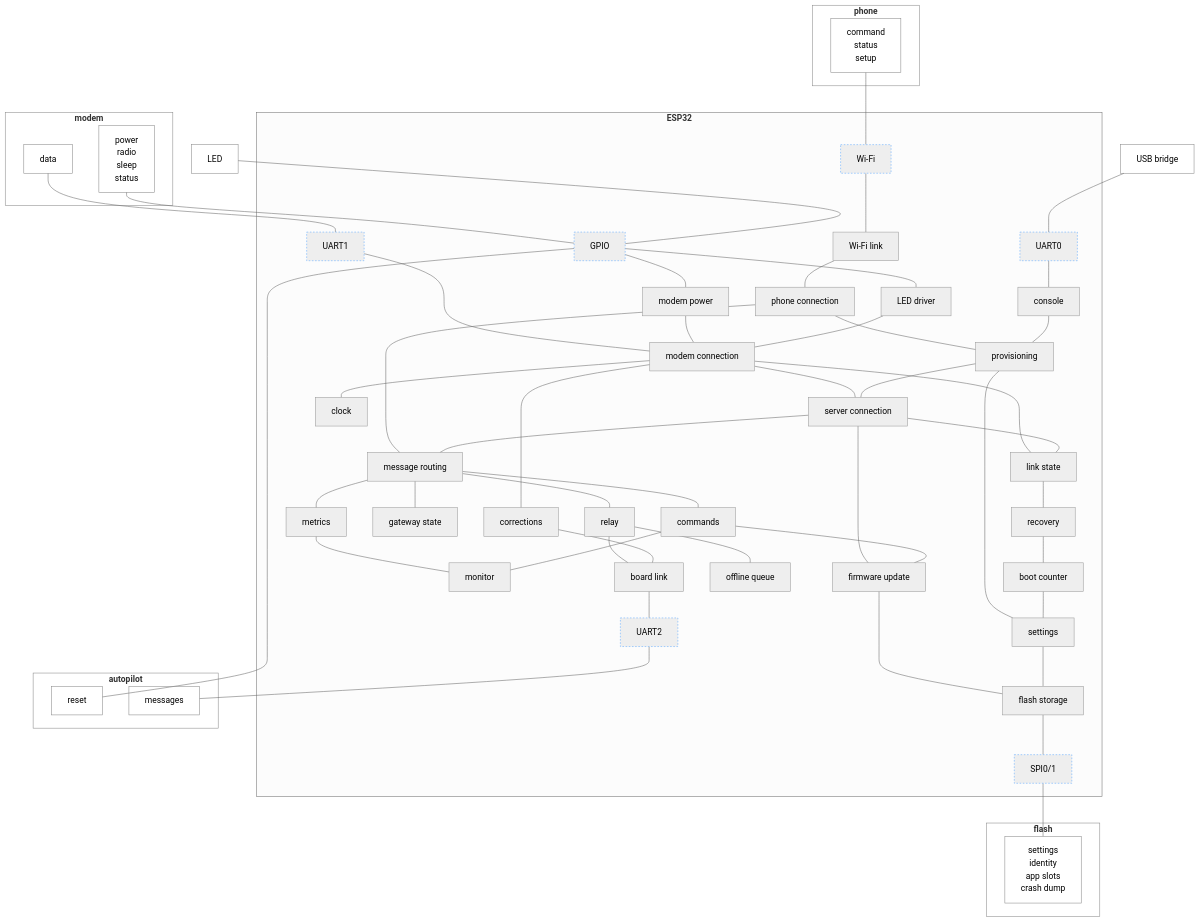
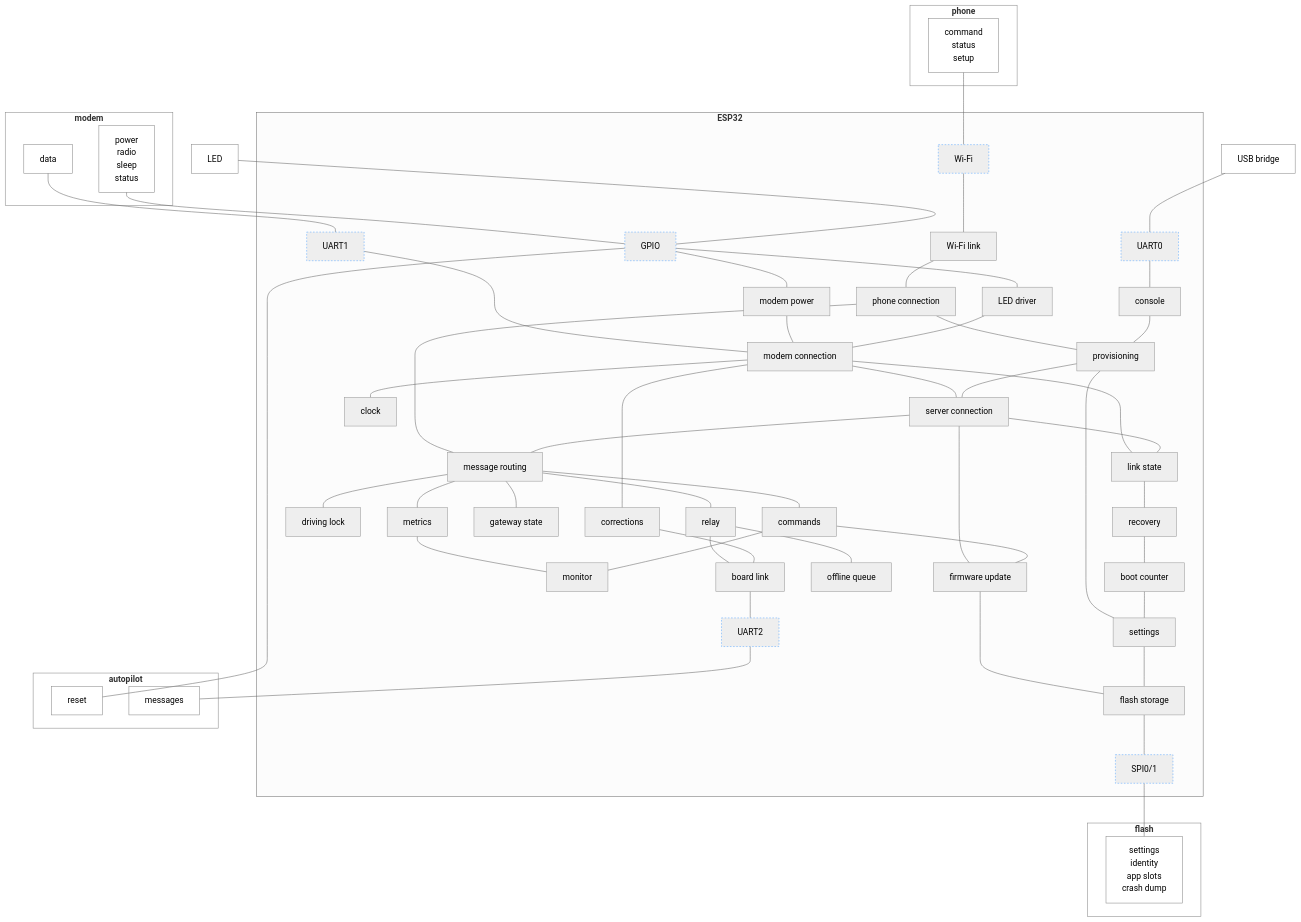
Before and after one commit to rmx-lt/rmx-mower-gateway: the diagram in .esp-architecture/diagrams/block-draft.md, drawn with Mermaid (neutral theme).

Commit message:
Draft: driving lock

```diff
--- a/.esp-architecture/diagrams/block-draft.md
+++ b/.esp-architecture/diagrams/block-draft.md
@@ -27,6 +27,7 @@
     mqtt["server connection"]
     phc["phone connection"]
     msg["message routing"]
+    lock["driving lock"]
     prov["provisioning"]
     cmd["commands"]
     upd["firmware update"]
@@ -70,6 +71,7 @@
   mqtt --- ls
   mqtt --- msg
   mqtt --- upd
+  msg --- lock
   msg --- cmd
   msg --- state
   msg --- met
```
